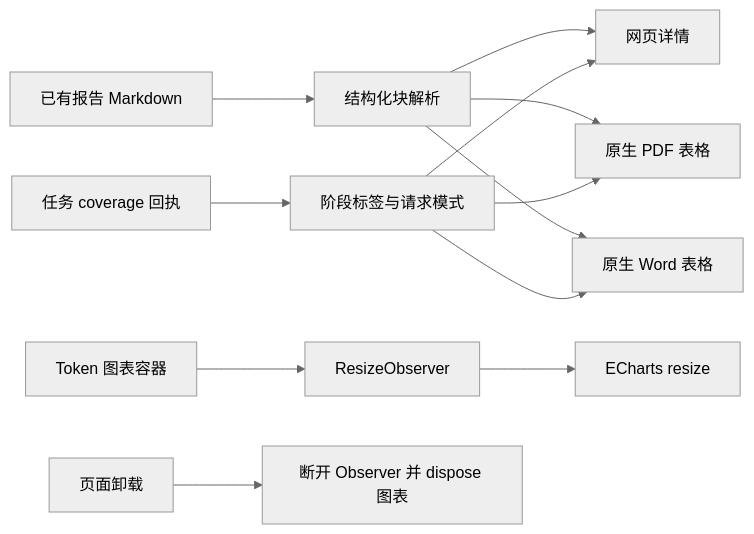
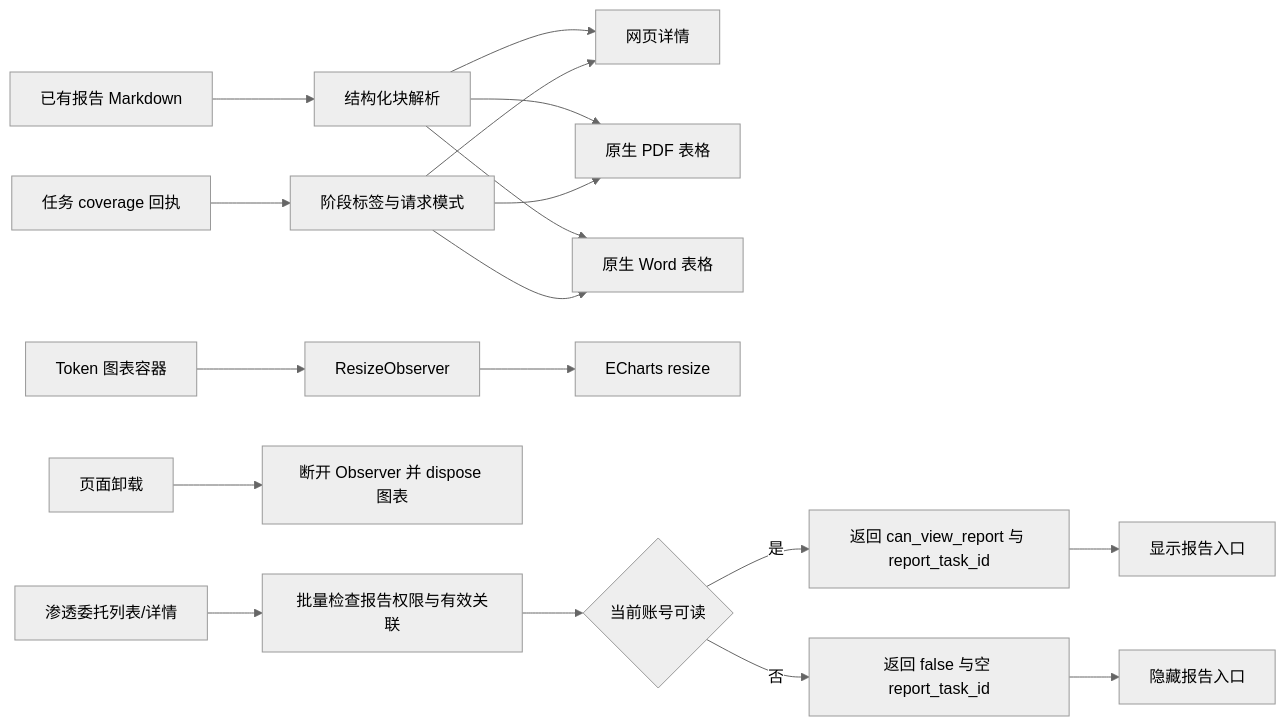
Before and after one commit to OUTLElijiadong/llm-agent-code-review: the diagram in docs/报告排版与覆盖口径修复20261018/DESIGN_报告排版与覆盖口径修复.md, drawn with Mermaid (neutral theme). The commit also changed other lines of this file and 18 other files, not shown here.

````diff
--- a/docs/报告排版与覆盖口径修复20261018/DESIGN_报告排版与覆盖口径修复.md
+++ b/docs/报告排版与覆盖口径修复20261018/DESIGN_报告排版与覆盖口径修复.md
@@ -5,14 +5,20 @@
 ```mermaid
 flowchart LR
   A[已有报告 Markdown] --> B[结构化块解析]
   B --> C[网页详情]
   B --> D[原生 PDF 表格]
   B --> E[原生 Word 表格]
   F[任务 coverage 回执] --> G[阶段标签与请求模式]
   G --> C
   G --> D
   G --> E
   H[Token 图表容器] --> I[ResizeObserver]
   I --> J[ECharts resize]
   K[页面卸载] --> L[断开 Observer 并 dispose 图表]
+  M[渗透委托列表/详情] --> N[批量检查报告权限与有效关联]
+  N --> O{当前账号可读}
+  O -->|是| P[返回 can_view_report 与 report_task_id]
+  O -->|否| Q[返回 false 与空 report_task_id]
+  P --> R[显示报告入口]
+  Q --> S[隐藏报告入口]
 ```
````
